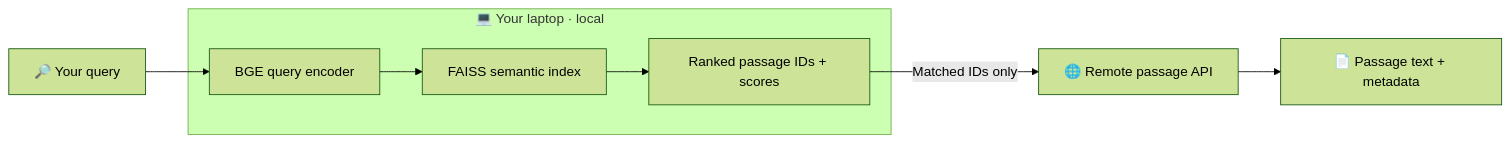
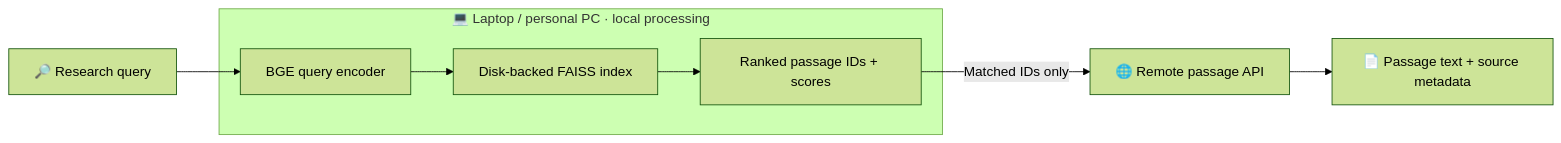
The diagram in README.md (my-unknown-account/LLMPreSS), drawn with Mermaid (forest theme) before and after one commit. The commit also changed other lines of this file and 6 other files, not shown here.

````diff
--- a/README.md
+++ b/README.md
@@ -92,10 +97,10 @@
 ```mermaid
 flowchart LR
-    Q["🔎 Your query"] --> E
-    subgraph LAPTOP["💻 Your laptop · local"]
-        E["BGE query encoder"] --> I["FAISS semantic index"]
+    Q["🔎 Research query"] --> E
+    subgraph LOCAL["💻 Laptop / personal PC · local processing"]
+        E["BGE query encoder"] --> I["Disk-backed FAISS index"]
         I --> R["Ranked passage IDs + scores"]
     end
-    R -->|"Matched IDs only"| A["🌐 Remote passage API"]
-    A --> T["📄 Passage text + metadata"]
+    R -->|"Matched IDs only"| API["🌐 Remote passage API"]
+    API --> P["📄 Passage text + source metadata"]
 ```
````
